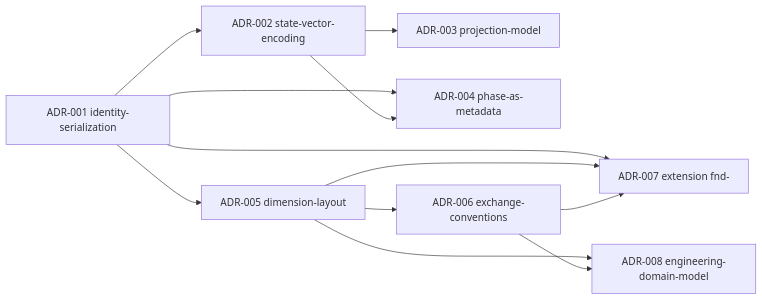
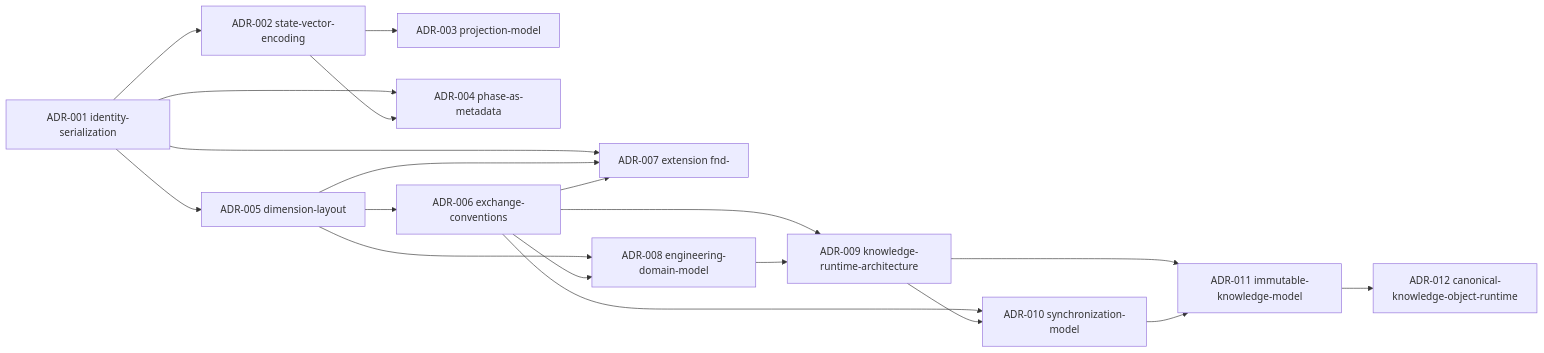
The diagram in reference/adr-summary.md (maleolabs/engineering-knowledge-architecture), drawn with Mermaid before and after one commit. The commit also changed other lines of this file and 161 other files, not shown here.

First line of the commit message:
feat(runtime): EKA v0.2.0 knowledge runtime

````diff
--- a/reference/adr-summary.md
+++ b/reference/adr-summary.md
@@ -47,14 +51,21 @@
 ```mermaid
 flowchart LR
   A1[ADR-001 identity-serialization] --> A2[ADR-002 state-vector-encoding]
   A2 --> A3[ADR-003 projection-model]
   A1 --> A4[ADR-004 phase-as-metadata]
   A2 --> A4
   A1 --> A5[ADR-005 dimension-layout]
   A5 --> A6[ADR-006 exchange-conventions]
   A1 --> A7[ADR-007 extension fnd-]
   A5 --> A7
   A6 --> A7
   A5 --> A8[ADR-008 engineering-domain-model]
   A6 --> A8
+  A6 --> A9[ADR-009 knowledge-runtime-architecture]
+  A8 --> A9
+  A6 --> A10[ADR-010 synchronization-model]
+  A9 --> A10
+  A9 --> A11[ADR-011 immutable-knowledge-model]
+  A10 --> A11
+  A11 --> A12[ADR-012 canonical-knowledge-object-runtime]
 ```
````
